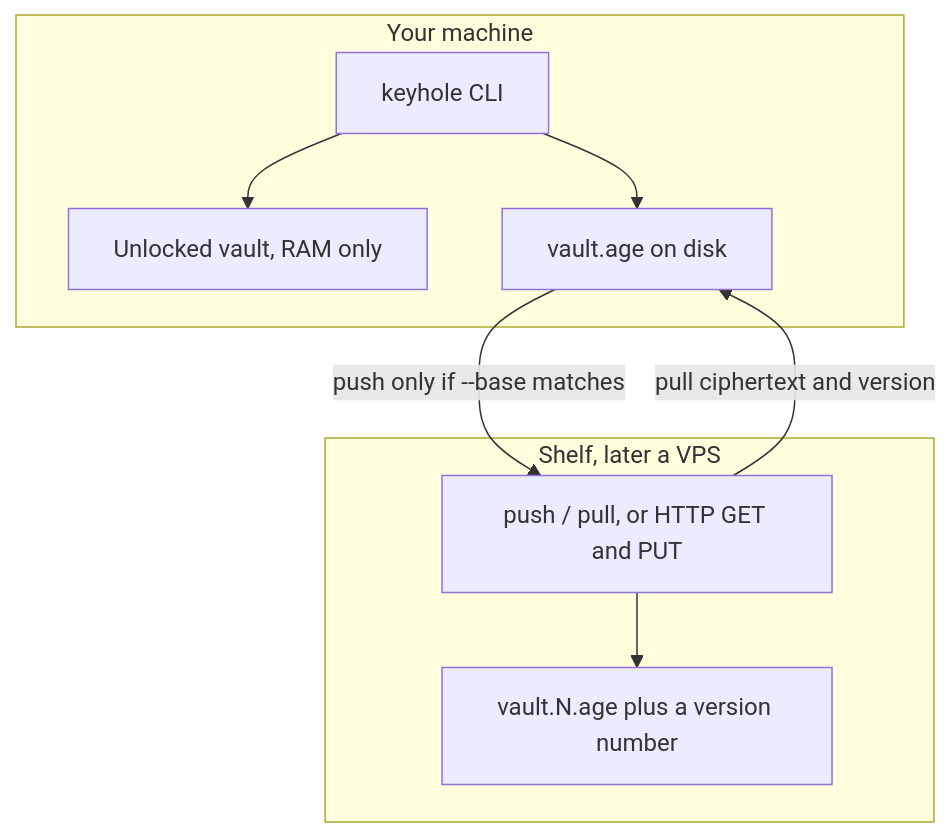
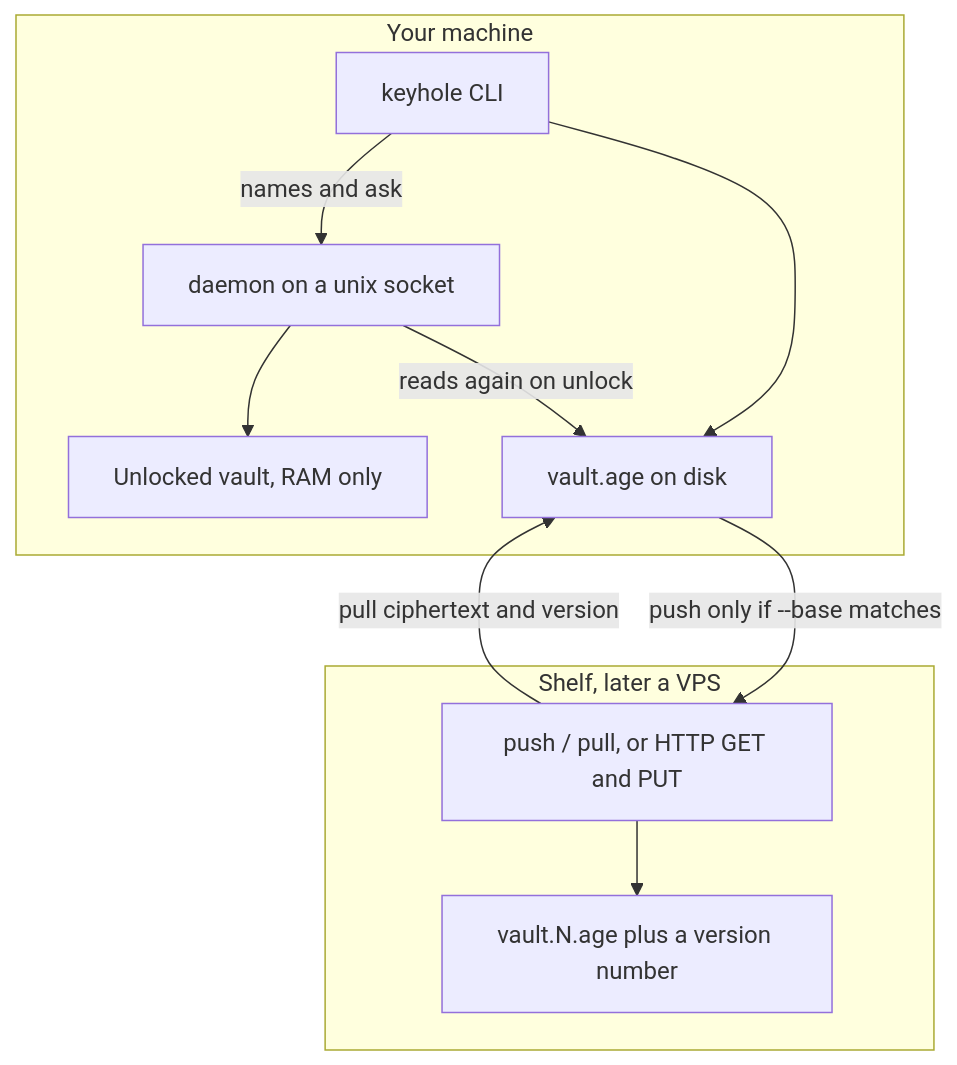
Before and after one commit to j4y-w4lk3r/keyhole: the first of 3 diagrams in docs/architecture.md, drawn with Mermaid. The commit also changed other lines of this file and 13 other files, not shown here.

````diff
--- a/docs/architecture.md
+++ b/docs/architecture.md
@@ -10,19 +10,22 @@
 ```mermaid
 flowchart TB
   subgraph yours ["Your machine"]
     cli["keyhole CLI"]
+    daemon["daemon on a unix socket"]
     ram["Unlocked vault, RAM only"]
     file["vault.age on disk"]
-    cli --> ram
     cli --> file
+    cli -->|"names and ask"| daemon
+    daemon --> ram
+    daemon -->|"reads again on unlock"| file
   end
 
   subgraph shelf ["Shelf, later a VPS"]
     api["push / pull, or HTTP GET and PUT"]
     disk["vault.N.age plus a version number"]
     api --> disk
   end
 
   file -->|"push only if --base matches"| api
   api -->|"pull ciphertext and version"| file
 ```
````
